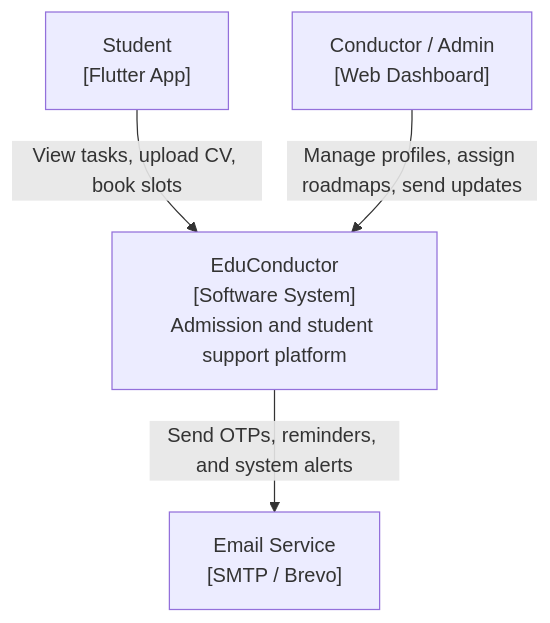
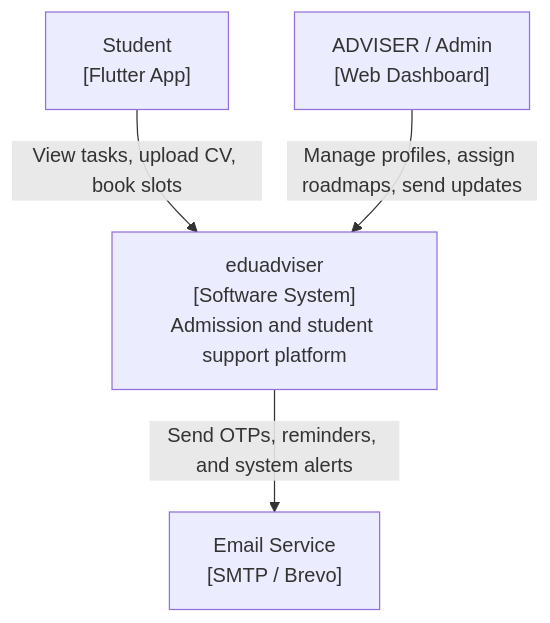
One commit to Shauenov/NovalEdu changed the first of 2 diagrams in docs/ARCHITECTURE.md. Above: the diagram before and after it, drawn with Mermaid. The commit also changed other lines of this file and 79 other files, not shown here.

````diff
--- a/docs/ARCHITECTURE.md
+++ b/docs/ARCHITECTURE.md
@@ -9,12 +9,12 @@
 ```mermaid
 flowchart TD
     Student["Student\n[Flutter App]"]
-    Conductor["Conductor / Admin\n[Web Dashboard]"]
+    ADVISER["ADVISER / Admin\n[Web Dashboard]"]
     SMTP["Email Service\n[SMTP / Brevo]"]
 
-    System["EduConductor\n[Software System]\nAdmission and student support platform"]
+    System["eduadviser\n[Software System]\nAdmission and student support platform"]
 
     Student -->|"View tasks, upload CV, book slots"| System
-    Conductor -->|"Manage profiles, assign roadmaps, send updates"| System
+    ADVISER -->|"Manage profiles, assign roadmaps, send updates"| System
     System -->|"Send OTPs, reminders, and system alerts"| SMTP
 ```
````
